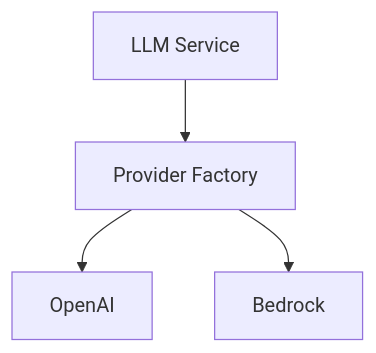
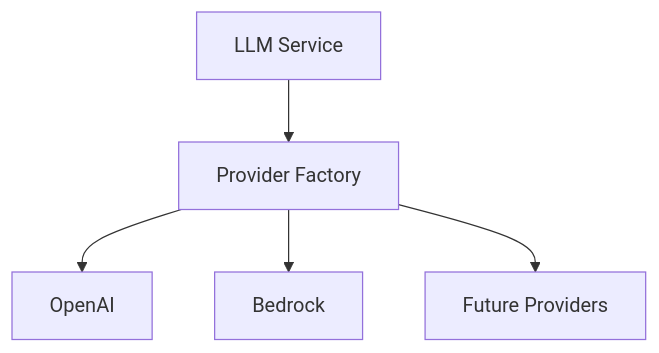
Before and after one commit to laialex501/lorechat-container: the second of 3 diagrams in memory-bank/techContext.md, drawn with Mermaid. The commit also changed other lines of this file and 27 other files, not shown here.

````diff
--- a/memory-bank/techContext.md
+++ b/memory-bank/techContext.md
@@ -43,6 +43,7 @@
 ```mermaid
 graph TD
     A[LLM Service] --> B[Provider Factory]
     B --> C[OpenAI]
     B --> D[Bedrock]
+    B --> E[Future Providers]
 ```
````
